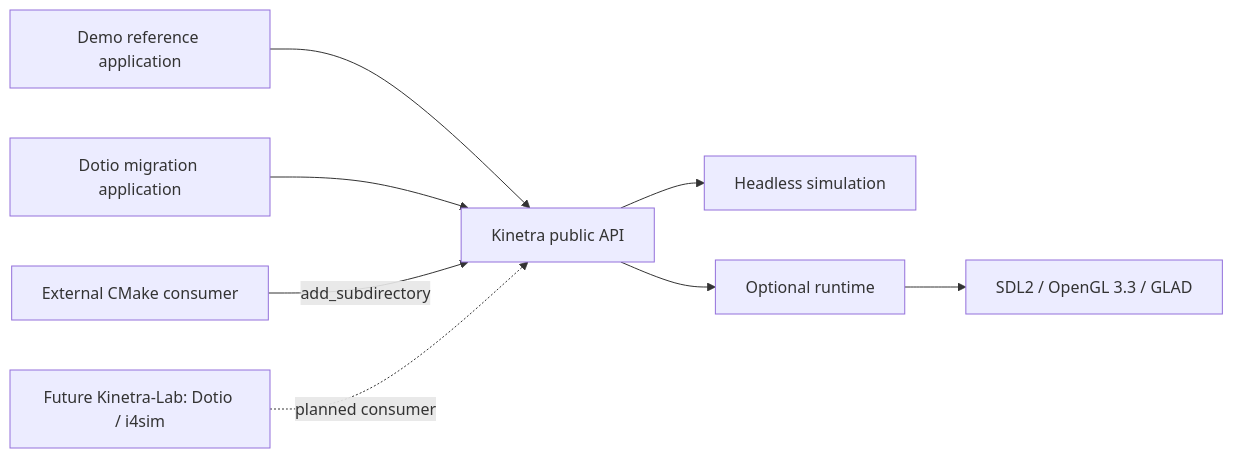
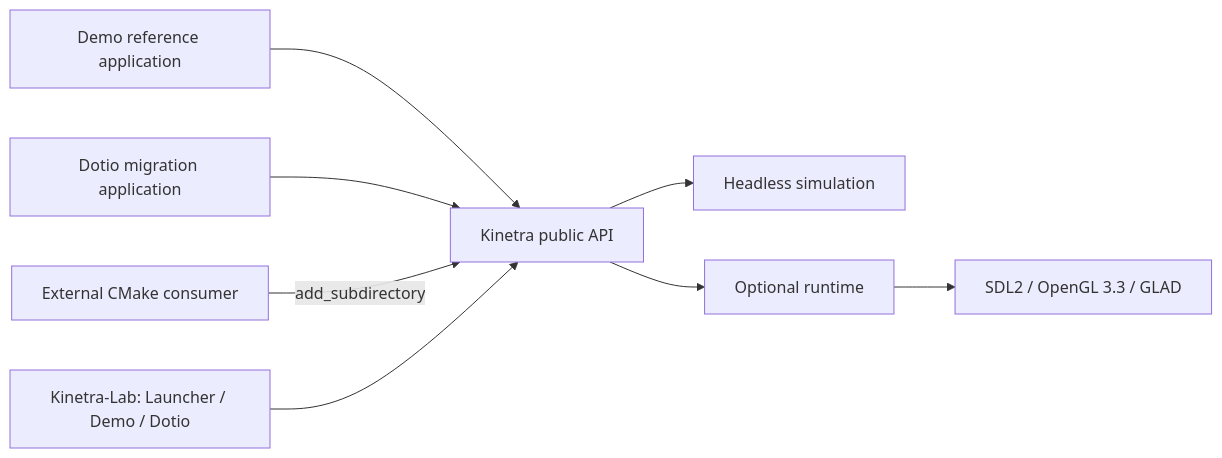
Before and after one commit to SMB-M87/Kinetra: the first of 4 diagrams in docs/architecture.md, drawn with Mermaid. The commit also changed other lines of this file and 95 other files, not shown here.

Commit message:
refactor: separate Kinetra core from Lab applications

````diff
--- a/docs/architecture.md
+++ b/docs/architecture.md
@@ -15,10 +15,10 @@
 ```mermaid
 flowchart LR
     Demo[Demo reference application] --> K[Kinetra public API]
     Dotio[Dotio migration application] --> K
     Consumer[External CMake consumer] -->|add_subdirectory| K
-    Lab[Future Kinetra-Lab: Dotio / i4sim] -. planned consumer .-> K
+    Lab[Kinetra-Lab: Launcher / Demo / Dotio] --> K
     K --> Sim[Headless simulation]
     K --> Runtime[Optional runtime]
     Runtime --> Backend[SDL2 / OpenGL 3.3 / GLAD]
 ```
````
